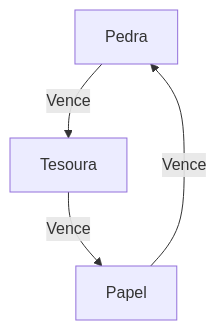
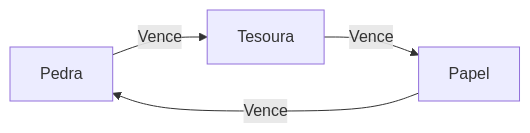
One commit to lupamedeiros/jokenpo changed the first of 2 diagrams in README.md. Above: the diagram before and after it, drawn with Mermaid. The commit also changed other lines of this file, not shown here.

````diff
--- a/README.md
+++ b/README.md
@@ -20,6 +20,9 @@
 ```mermaid
-graph TD
-    A[Pedra]-- Vence --> B[Tesoura];
-    B -- Vence --> C[Papel];
-    C -- Vence --> A;
+graph LR;
+    Pe[Pedra];
+    T[Tesoura];
+    Pa[Papel];
+    Pe -- Vence --> T;
+    T -- Vence --> Pa;
+    Pa -- Vence --> Pe;
 ```
````
